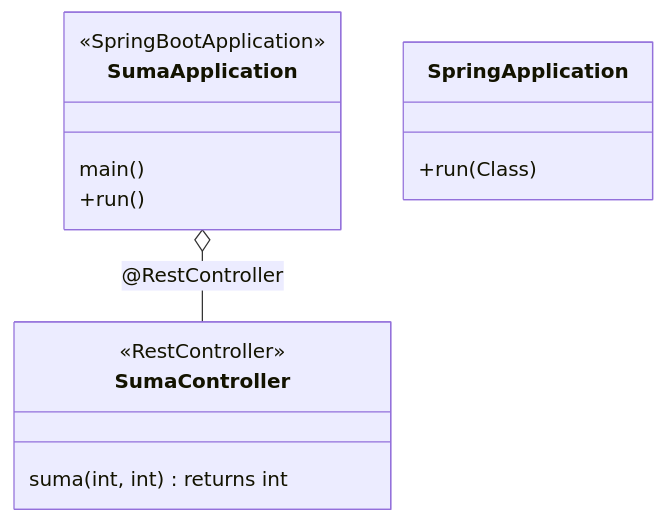
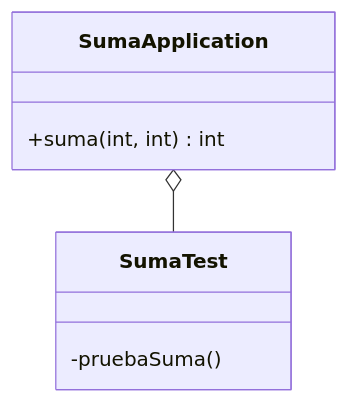
The diagram in SumaProject/docs/diagrama.mmd (natperh/newCodes), drawn with Mermaid before and after one commit. The commit also changed 3 other files, not shown here.

```diff
--- a/SumaProject/docs/diagrama.mmd
+++ b/SumaProject/docs/diagrama.mmd
@@ -1,17 +1,8 @@
 classDiagram
     class SumaApplication {
-        <<SpringBootApplication>>
-        main()
-        +run()
+        +suma(int, int) int
     }
-
-    class SumaController {
-        <<RestController>>
-        suma(int, int) returns int
+    class SumaTest {
+        -pruebaSuma()
     }
-
-    SumaApplication o-- SumaController : @RestController
-
-    class SpringApplication {
-        +run(Class)
-    }
+    SumaApplication o-- SumaTest
```
